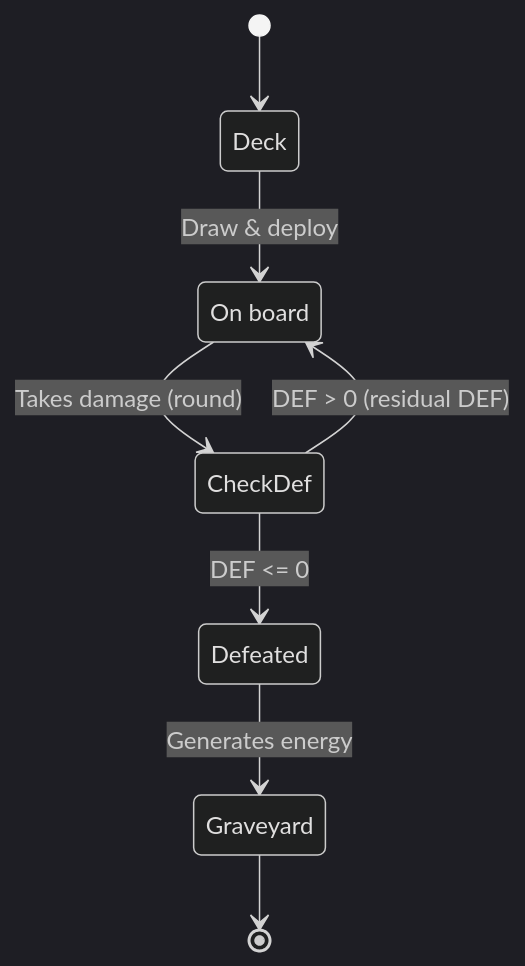
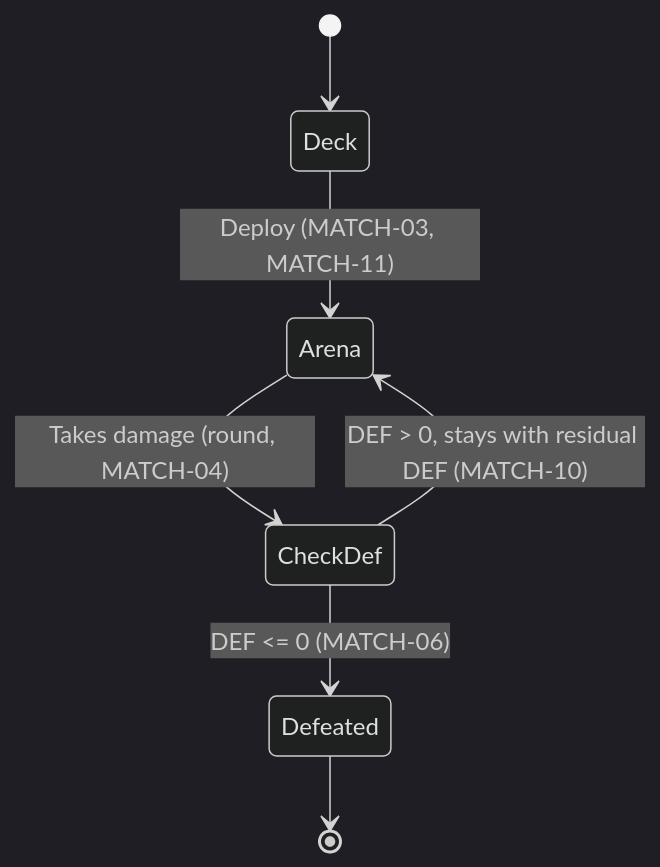
The second of 4 diagrams in docs/game-engine-schema.md (horizon-glitch-studio/gruppo-08-will-of-the-void-backend), drawn with Mermaid (dark theme) before and after one commit. The commit also changed other lines of this file, not shown here.

First line of the commit message:
docs: update game engine schema to updated rules

````diff
--- a/docs/game-engine-schema.md
+++ b/docs/game-engine-schema.md
@@ -23,13 +25,10 @@
 ```mermaid
 stateDiagram-v2
     [*] --> Deck
-    Deck --> OnBoard: Draw & deploy
-    OnBoard --> CheckDef: Takes damage (round)
+    Deck --> Arena: Deploy (MATCH-03, MATCH-11)
+    Arena --> CheckDef: Takes damage (round, MATCH-04)
     state CheckDef <<choice>>
-    CheckDef --> OnBoard: DEF > 0 (residual DEF)
-    CheckDef --> Defeated: DEF <= 0
-    Defeated --> Graveyard: Generates energy
-    Graveyard --> [*]
-
-    OnBoard: On board
+    CheckDef --> Arena: DEF > 0, stays with residual DEF (MATCH-10)
+    CheckDef --> Defeated: DEF <= 0 (MATCH-06)
+    Defeated --> [*]
 ```
````
